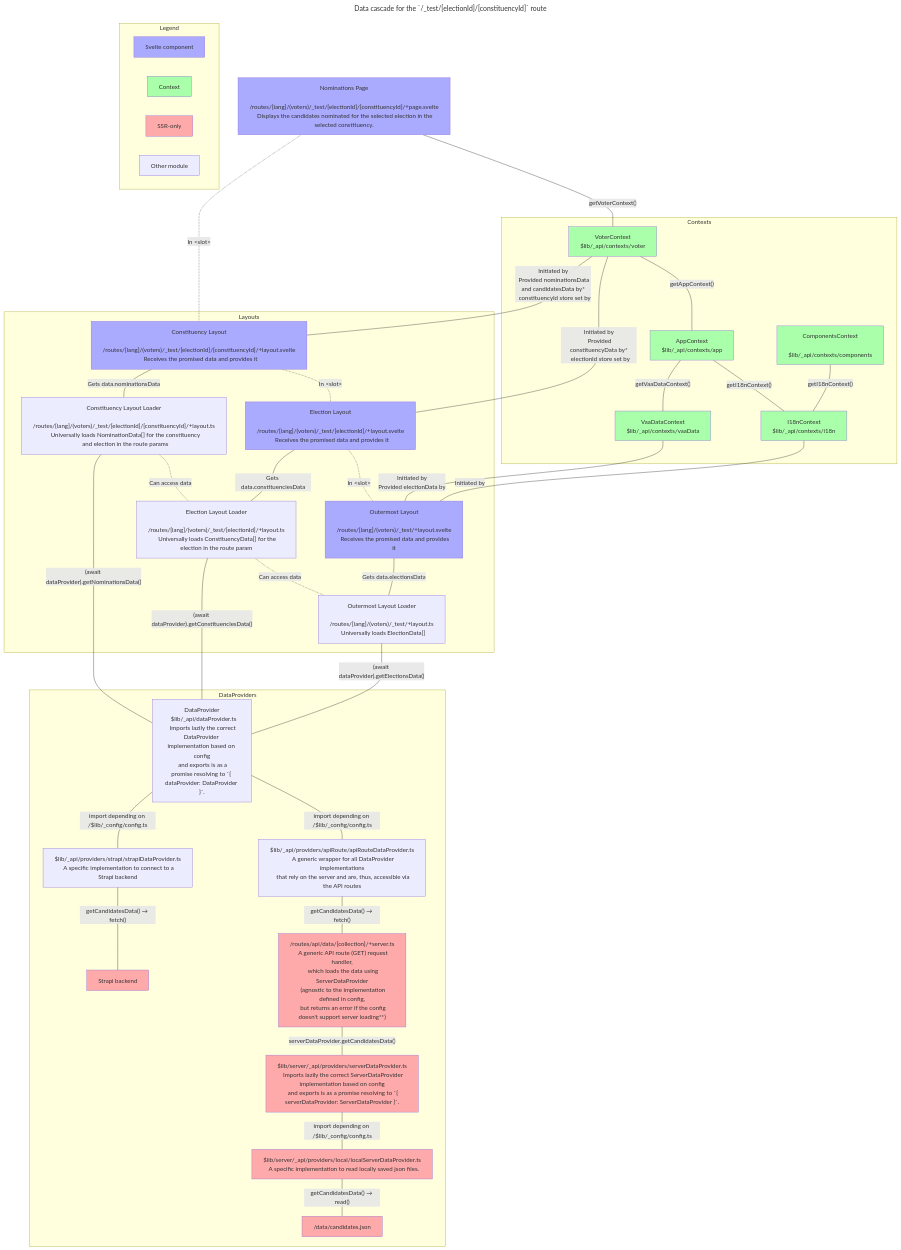
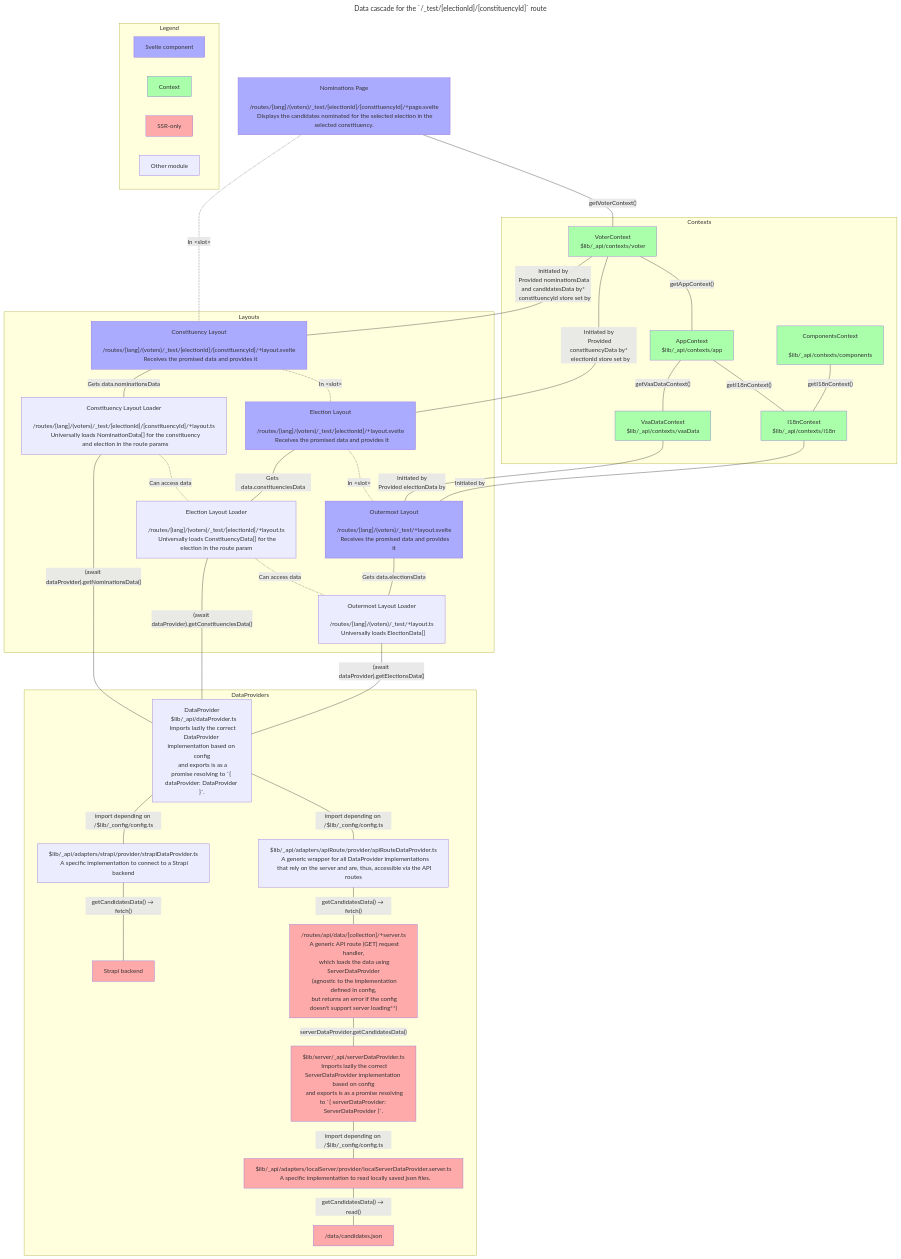
The diagram in frontend/src/lib/_api/README.md (OpenVAA/voting-advice-application), drawn with Mermaid before and after one commit. The commit also changed other lines of this file and 22 other files, not shown here.

```diff
--- a/frontend/src/lib/_api/README.md
+++ b/frontend/src/lib/_api/README.md
@@ -212,12 +125,12 @@
 
   subgraph DataProviders
   DP
-  ---|"import depending on /$lib/_config/config.ts"|DP_STRAPI["$lib/_api/providers/strapi/strapiDataProvider.ts
+  ---|"import depending on /$lib/_config/config.ts"|DP_STRAPI["$lib/_api/adapters/strapi/provider/strapiDataProvider.ts
   A specific implementation to connect to a Strapi backend"]
   ---|"getCandidatesData() → fetch()"|STRAPI["Strapi backend"]:::ssr;
 
   DP
-  ---|"import depending on /$lib/_config/config.ts"|DP_API["$lib/_api/providers/apiRoute/apiRouteDataProvider.ts
+  ---|"import depending on /$lib/_config/config.ts"|DP_API["$lib/_api/adapters/apiRoute/provider/apiRouteDataProvider.ts
   A generic wrapper for all DataProvider implementations
   that rely on the server and are, thus, accessible via the API routes"]
   ---|"getCandidatesData() → fetch()"|API["/routes/api/data/[collection]/+server.ts
@@ -225,10 +138,10 @@
   which loads the data using ServerDataProvider
   (agnostic to the implementation defined in config,
   but returns an error if the config doesn't support server loading**)"]:::ssr
-  ---|"serverDataProvider.getCandidatesData()"|DP_SERVER["$lib/server/_api/providers/serverDataProvider.ts
+  ---|"serverDataProvider.getCandidatesData()"|DP_SERVER["$lib/server/_api/serverDataProvider.ts
   Imports lazily the correct ServerDataProvider implementation based on config
   and exports is as a promise resolving to `{ serverDataProvider: ServerDataProvider }`."]:::ssr
-  ---|"import depending on /$lib/_config/config.ts"|DP_SERVER_LOCAL["$lib/server/_api/providers/local/localServerDataProvider.ts
+  ---|"import depending on /$lib/_config/config.ts"|DP_SERVER_LOCAL["$lib/_api/adapters/localServer/provider/localServerDataProvider.server.ts
   A specific implementation to read locally saved json files."]:::ssr
   ---|"getCandidatesData() → read()"|JSON["/data/candidates.json"]:::ssr;
   end
```
